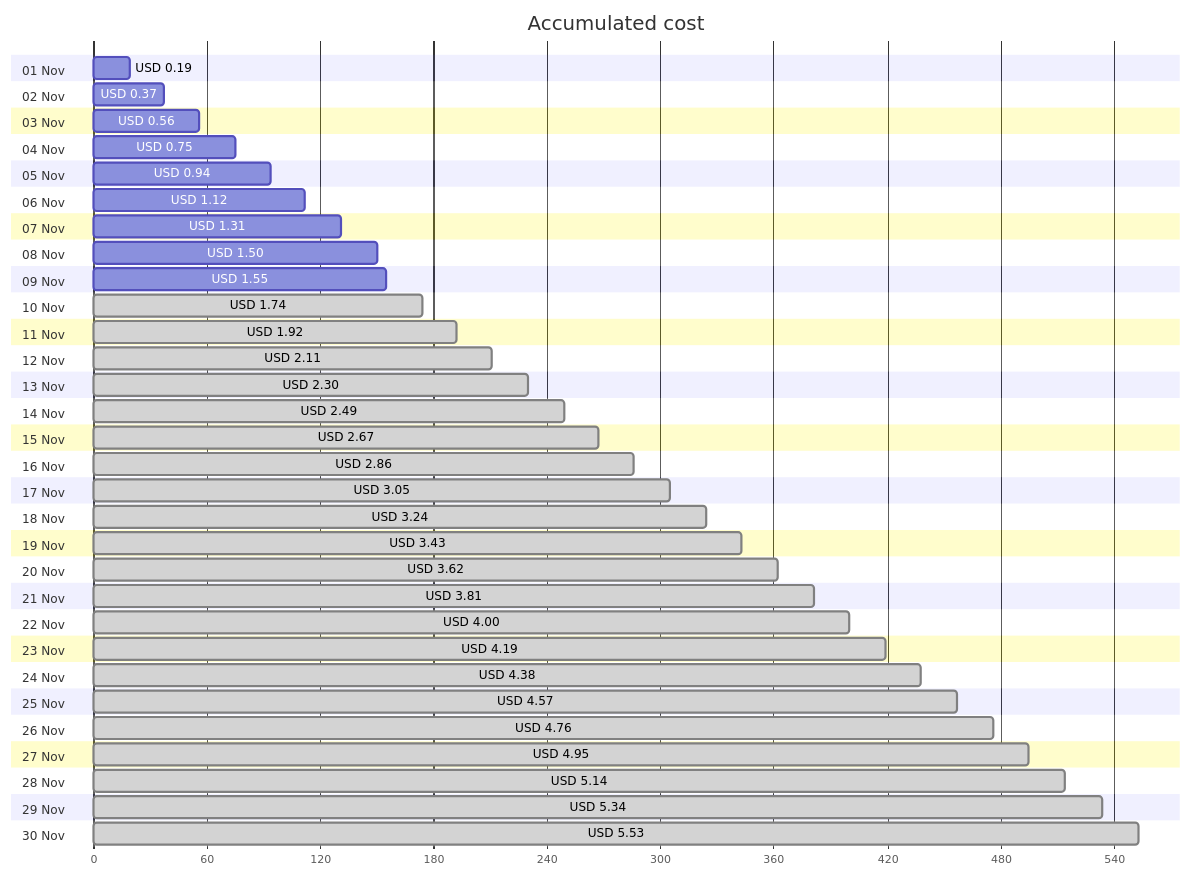
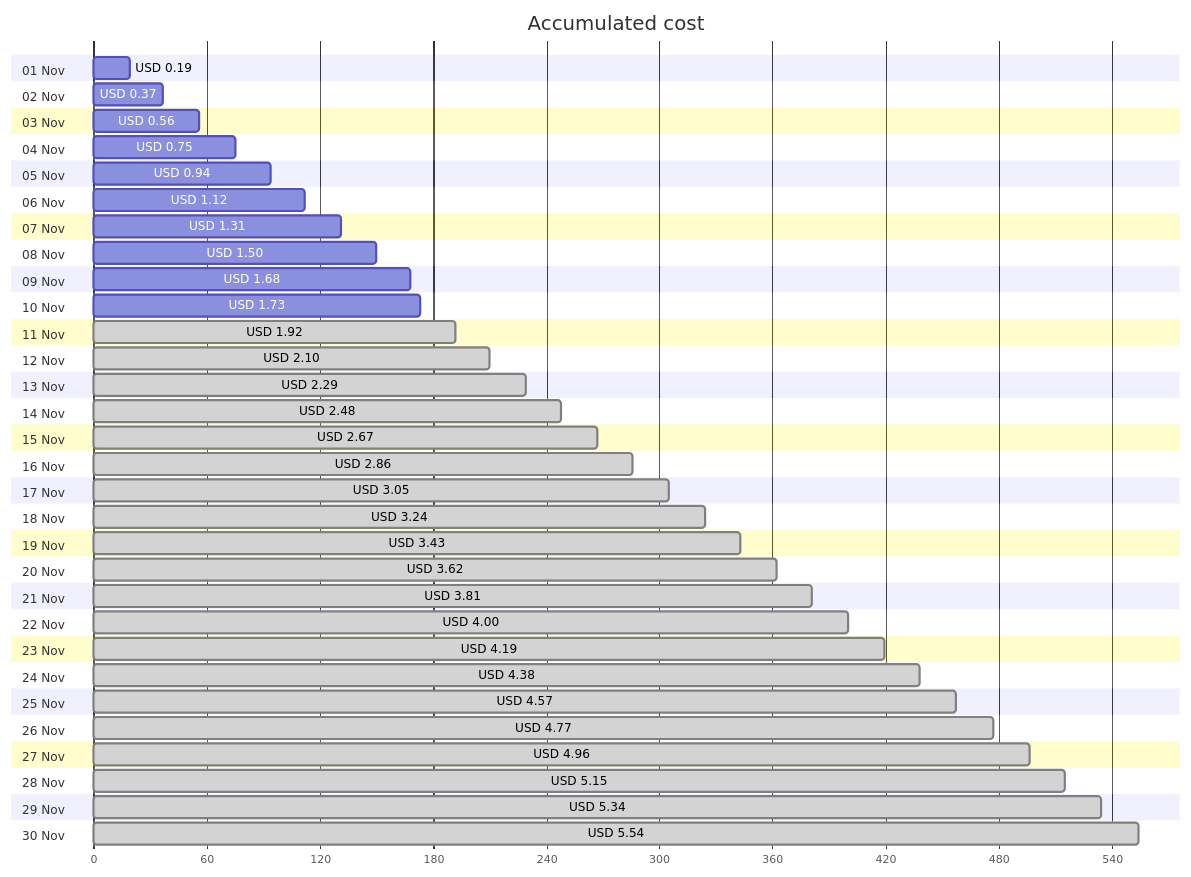
The first of 4 diagrams in cost-reports/personal-network/backup-server.md (jpfulton/azure-personal-reports), drawn with Mermaid before and after one commit. The commit also changed other lines of this file and 8 other files, not shown here.

````diff
--- a/cost-reports/personal-network/backup-server.md
+++ b/cost-reports/personal-network/backup-server.md
@@ -20,66 +20,66 @@
 ```mermaid
 gantt
    title Accumulated cost
    dateFormat  X
    axisFormat %s
    section 01 Nov
    USD 0.19 :0, 19
    section 02 Nov
    USD 0.37 :0, 37
    section 03 Nov
    USD 0.56 :0, 56
    section 04 Nov
    USD 0.75 :0, 75
    section 05 Nov
    USD 0.94 :0, 94
    section 06 Nov
    USD 1.12 :0, 112
    section 07 Nov
    USD 1.31 :0, 131
    section 08 Nov
    USD 1.50 :0, 150
    section 09 Nov
-   USD 1.55 :0, 155
+   USD 1.68 :0, 168
    section 10 Nov
-   USD 1.74 : done, 0, 174
+   USD 1.73 :0, 173
    section 11 Nov
    USD 1.92 : done, 0, 192
    section 12 Nov
-   USD 2.11 : done, 0, 211
+   USD 2.10 : done, 0, 210
    section 13 Nov
-   USD 2.30 : done, 0, 230
+   USD 2.29 : done, 0, 229
    section 14 Nov
-   USD 2.49 : done, 0, 249
+   USD 2.48 : done, 0, 248
    section 15 Nov
    USD 2.67 : done, 0, 267
    section 16 Nov
    USD 2.86 : done, 0, 286
    section 17 Nov
    USD 3.05 : done, 0, 305
    section 18 Nov
    USD 3.24 : done, 0, 324
    section 19 Nov
    USD 3.43 : done, 0, 343
    section 20 Nov
    USD 3.62 : done, 0, 362
    section 21 Nov
    USD 3.81 : done, 0, 381
    section 22 Nov
    USD 4.00 : done, 0, 400
    section 23 Nov
    USD 4.19 : done, 0, 419
    section 24 Nov
    USD 4.38 : done, 0, 438
    section 25 Nov
    USD 4.57 : done, 0, 457
    section 26 Nov
-   USD 4.76 : done, 0, 476
+   USD 4.77 : done, 0, 477
    section 27 Nov
-   USD 4.95 : done, 0, 495
+   USD 4.96 : done, 0, 496
    section 28 Nov
-   USD 5.14 : done, 0, 514
+   USD 5.15 : done, 0, 515
    section 29 Nov
    USD 5.34 : done, 0, 534
    section 30 Nov
-   USD 5.53 : done, 0, 553
+   USD 5.54 : done, 0, 554
 ```
````
